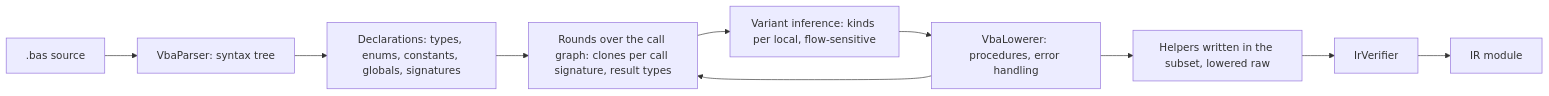
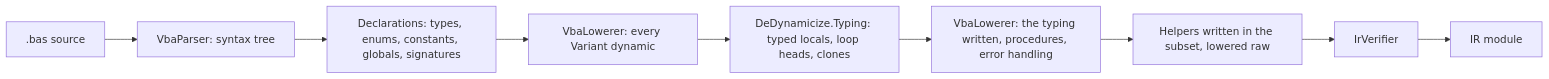
One commit to Hawkynt/Polypiler changed the diagram in docs/architecture/VISUALBASIC-FRONTEND.md. Above: the diagram before and after it, drawn with Mermaid. The commit also changed other lines of this file and 14 other files, not shown here.

````diff
--- a/docs/architecture/VISUALBASIC-FRONTEND.md
+++ b/docs/architecture/VISUALBASIC-FRONTEND.md
@@ -22,12 +23,11 @@
 ```mermaid
 flowchart LR
   S[.bas source] --> P[VbaParser: syntax tree]
   P --> D[Declarations: types, enums, constants, globals, signatures]
-  D --> R[Rounds over the call graph: clones per call signature, result types]
-  R --> I[Variant inference: kinds per local, flow-sensitive]
-  I --> L[VbaLowerer: procedures, error handling]
-  L --> R
+  D --> A[VbaLowerer: every Variant dynamic]
+  A --> F[DeDynamicize.Typing: typed locals, loop heads, clones]
+  F --> L[VbaLowerer: the typing written, procedures, error handling]
   L --> H[Helpers written in the subset, lowered raw]
   H --> V[IrVerifier]
   V --> M[IR module]
 ```
````
